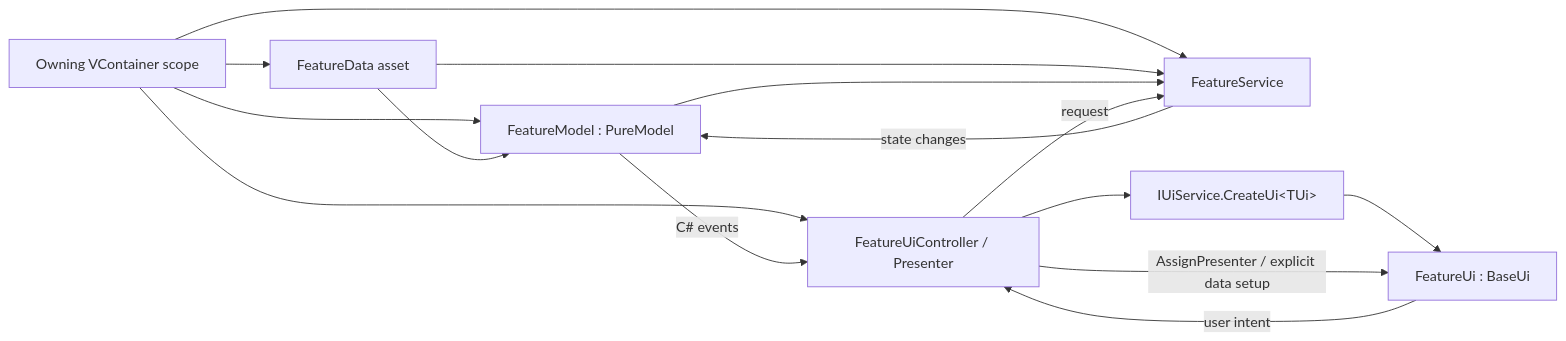
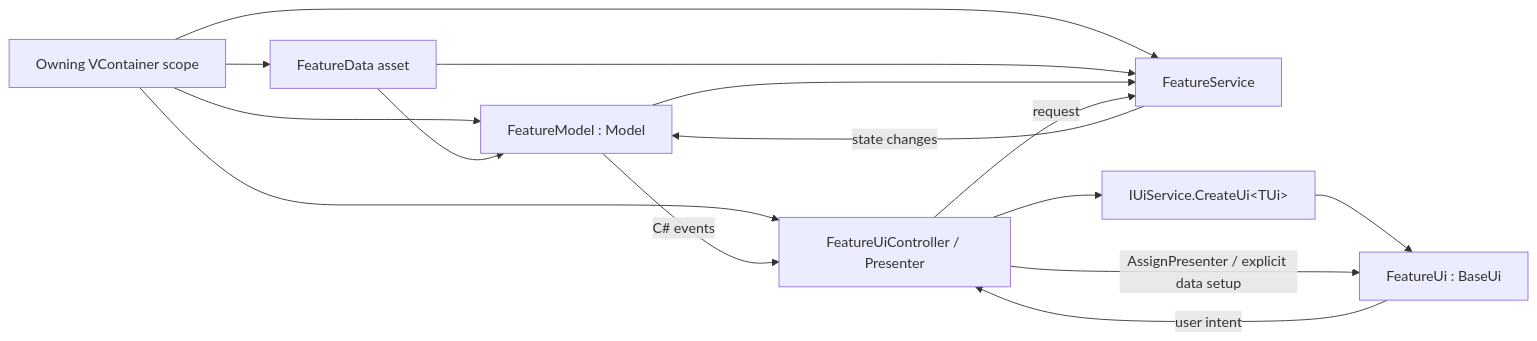
Before and after one commit to GolinSky/empire-at-war: the diagram in EmpireAtWarDocumentation/Architecture/UI_REFACTORING_PLAYBOOK - Research.md, drawn with Mermaid. The commit also changed other lines of this file and 214 other files, not shown here.

````diff
--- a/EmpireAtWarDocumentation/Architecture/UI_REFACTORING_PLAYBOOK - Research.md
+++ b/EmpireAtWarDocumentation/Architecture/UI_REFACTORING_PLAYBOOK - Research.md
@@ -38,17 +38,17 @@
 ```mermaid
 flowchart LR
     Installer["Owning VContainer scope"] --> Data["FeatureData asset"]
-    Installer --> Model["FeatureModel : PureModel"]
+    Installer --> Model["FeatureModel : Model"]
     Installer --> Service["FeatureService"]
     Installer --> Presenter["FeatureUiController / Presenter"]
     Data --> Model
     Data --> Service
     Model --> Service
     Presenter --> UiService["IUiService.CreateUi&lt;TUi&gt;"]
     UiService --> View["FeatureUi : BaseUi"]
     Presenter -->|"AssignPresenter / explicit data setup"| View
     View -->|"user intent"| Presenter
     Presenter -->|"request"| Service
     Service -->|"state changes"| Model
     Model -->|"C# events"| Presenter
 ```
````
